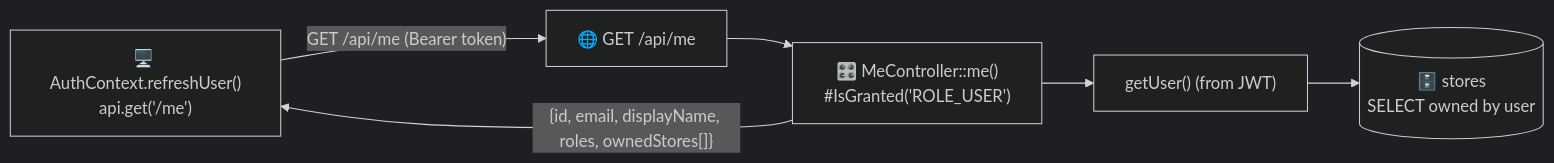
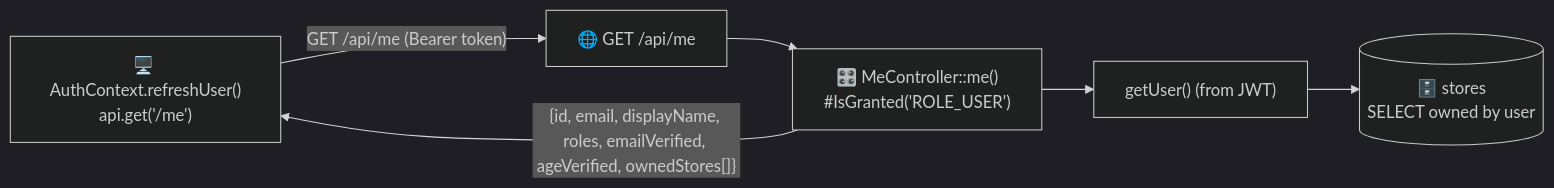
The third of 5 diagrams in architecture/auth-and-tenancy.md (Game-Store-Solutions/Lgscardvault), drawn with Mermaid (dark theme) before and after one commit. The commit also changed other lines of this file and 21 other files, not shown here.

First line of the commit message:
Close remaining software gaps: ageVerified, admin DOB, and GPC.

````diff
--- a/architecture/auth-and-tenancy.md
+++ b/architecture/auth-and-tenancy.md
@@ -103,8 +103,8 @@
 ```mermaid
 flowchart LR
     fe["🖥️ AuthContext.refreshUser()<br/>api.get('/me')"] -->|"GET /api/me (Bearer token)"| rt["🌐 GET /api/me"]
     rt --> mc["🎛️ MeController::me()<br/>#IsGranted('ROLE_USER')"]
     mc --> gu["getUser() (from JWT)"]
     gu --> os[("🗄️ stores<br/>SELECT owned by user")]
-    mc -->|"{id, email, displayName, roles, ownedStores[]}"| fe
+    mc -->|"{id, email, displayName, roles, emailVerified, ageVerified, ownedStores[]}"| fe
 ```
````
